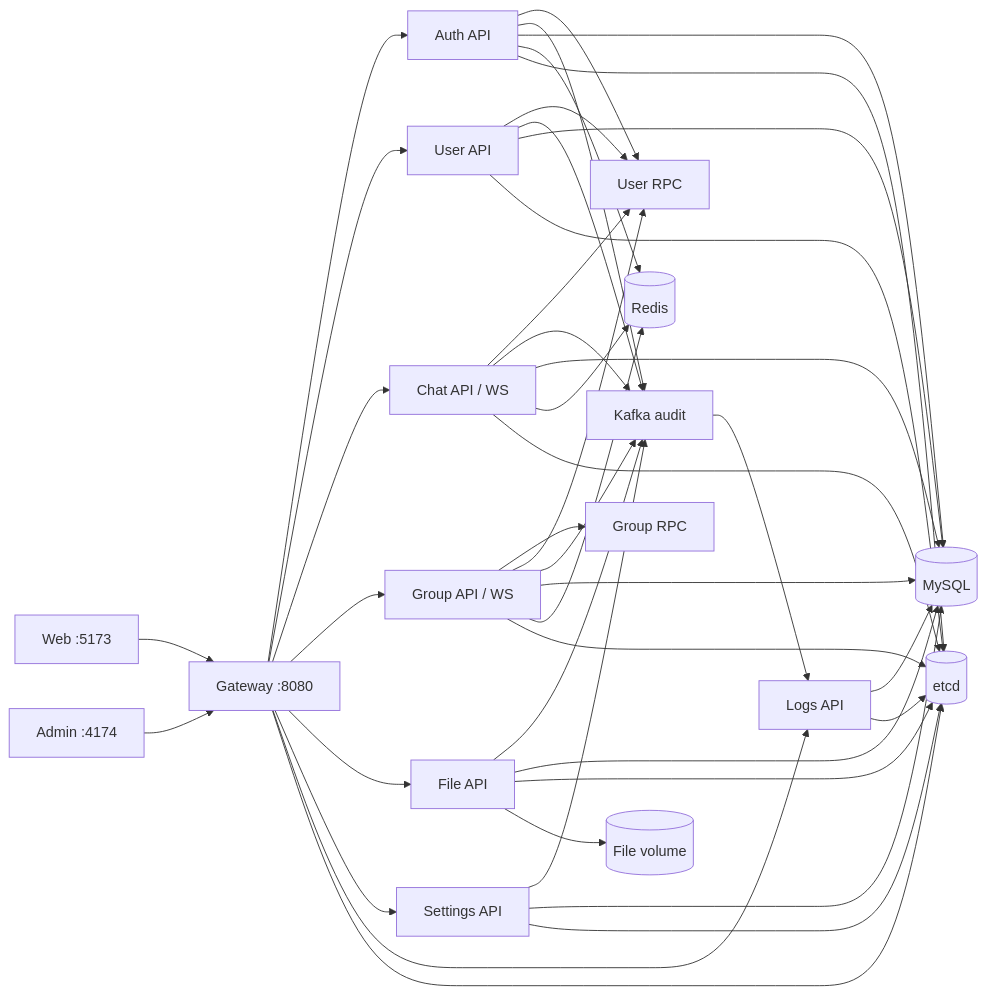
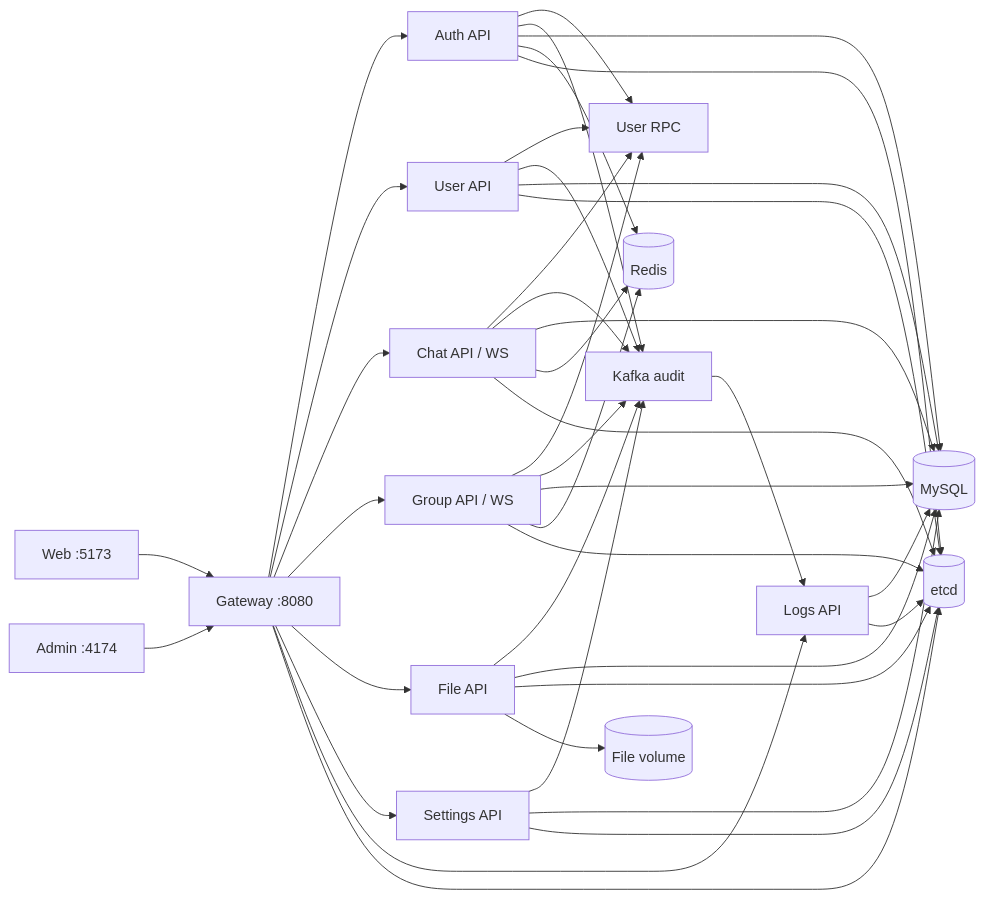
Before and after one commit to kanhai447/GIM: the diagram in README.md, drawn with Mermaid. The commit also changed other lines of this file and 15 other files, not shown here.

First line of the commit message:
refactor(group): remove the unused group-rpc service

````diff
--- a/README.md
+++ b/README.md
@@ -21,23 +21,22 @@
 ```mermaid
 flowchart LR
     W[Web :5173] --> G[Gateway :8080]
     A[Admin :4174] --> G
     G --> AU[Auth API]
     G --> U[User API]
     G --> C[Chat API / WS]
     G --> GR[Group API / WS]
     G --> F[File API]
     G --> S[Settings API]
     G --> L[Logs API]
     U --> UR[User RPC]
-    GR --> RR[Group RPC]
     AU --> UR
     C --> UR
     GR --> UR
     AU & U & C & GR & F & S --> K[Kafka audit]
     K --> L
     AU & U & C & GR & F & S & L --> M[(MySQL)]
     AU & C & GR --> R[(Redis)]
     G & AU & U & C & GR & F & S & L --> E[(etcd)]
     F --> O[(File volume)]
 ```
````
